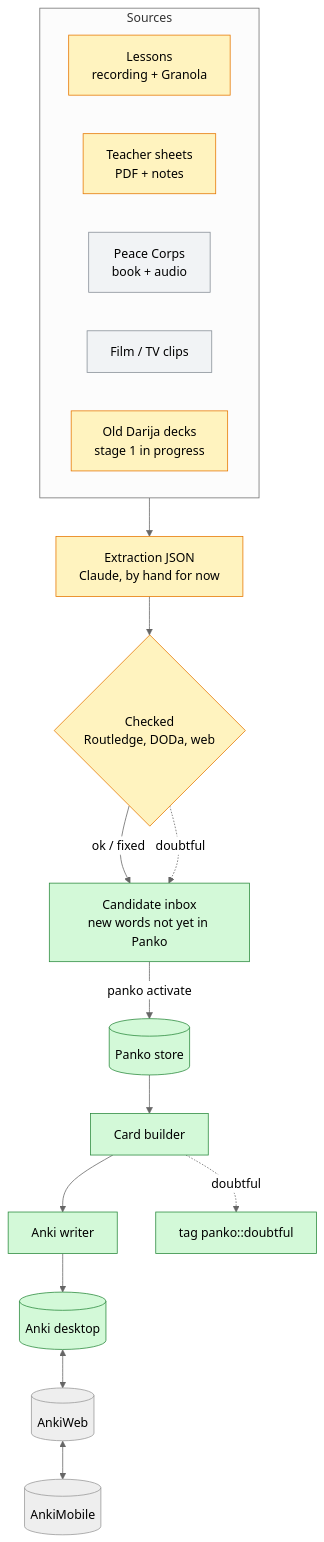
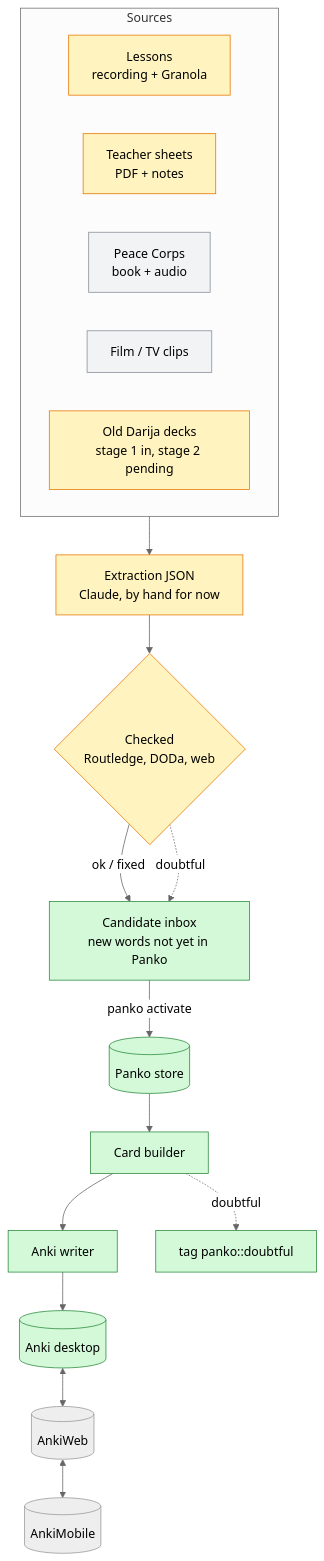
The first of 5 diagrams in docs/ARCHITECTURE.md (NotAHill/panko), drawn with Mermaid (neutral theme) before and after one commit. The commit also changed 8 other files, not shown here.

````diff
--- a/docs/ARCHITECTURE.md
+++ b/docs/ARCHITECTURE.md
@@ -12,25 +12,25 @@
 ```mermaid
 flowchart TB
     subgraph Sources
         direction LR
         L[Lessons<br/>recording + Granola]:::part
         T[Teacher sheets<br/>PDF + notes]:::part
         PC[Peace Corps<br/>book + audio]:::plan
         M[Film / TV clips]:::plan
-        D[Old Darija decks<br/>stage 1 in progress]:::part
+        D[Old Darija decks<br/>stage 1 in, stage 2 pending]:::part
     end
     Sources --> X[Extraction JSON<br/>Claude, by hand for now]:::part
     X --> C{Checked<br/>Routledge, DODa, web}:::part
     C -- ok / fixed --> IN[Candidate inbox<br/>new words not yet in Panko]:::built
     C -. doubtful .-> IN
     IN -- panko activate --> S[(Panko store)]:::built
     S --> B[Card builder]:::built
     B --> W[Anki writer]:::built
     B -. doubtful .-> F[tag panko::doubtful]:::built
     W --> A[(Anki desktop)]:::built
     A <--> AW[(AnkiWeb)] <--> AM[(AnkiMobile)]
 
     classDef built fill:#d3f9d8,stroke:#2b8a3e,color:#000
     classDef part fill:#fff3bf,stroke:#e67700,color:#000
     classDef plan fill:#f1f3f5,stroke:#868e96,color:#000
 ```
````
